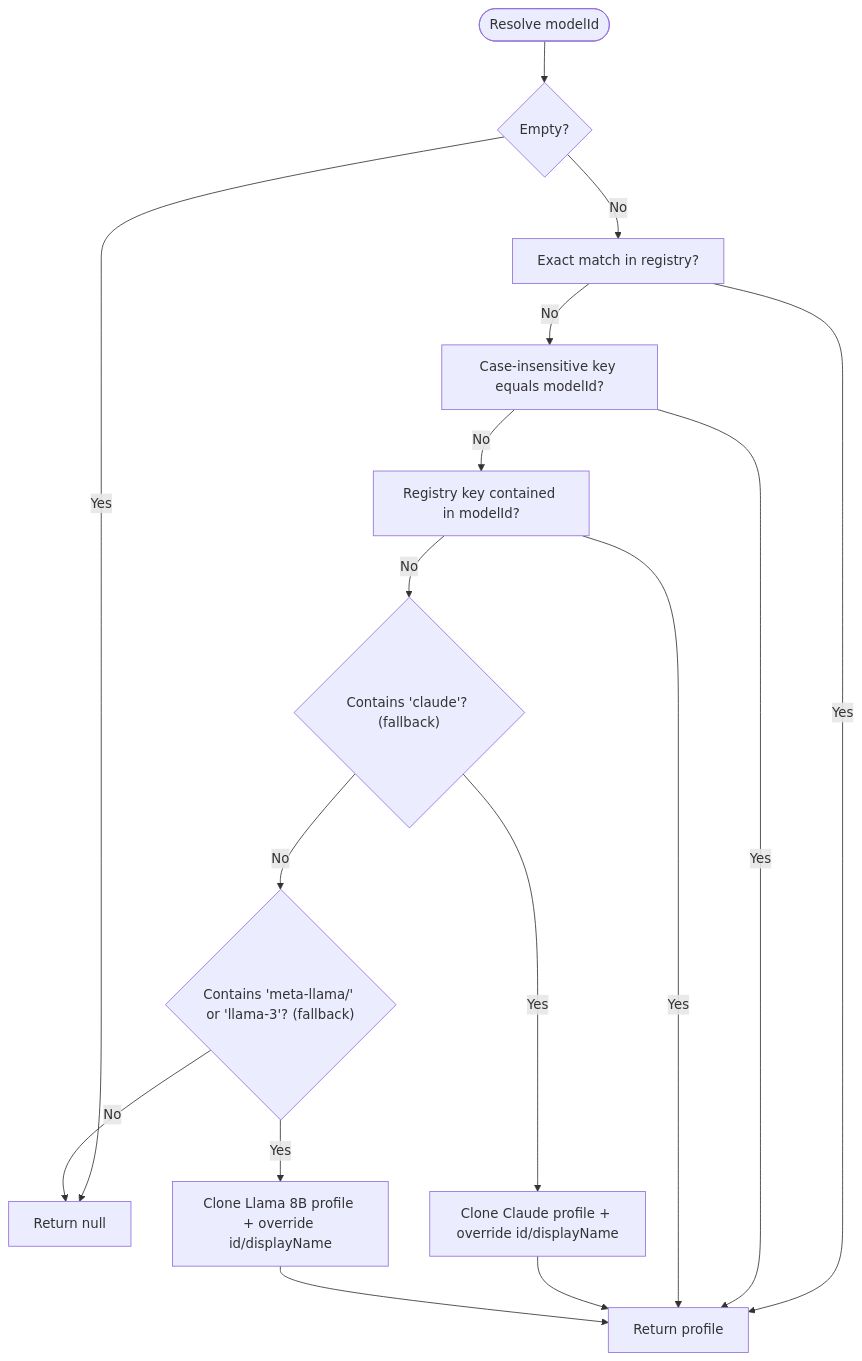
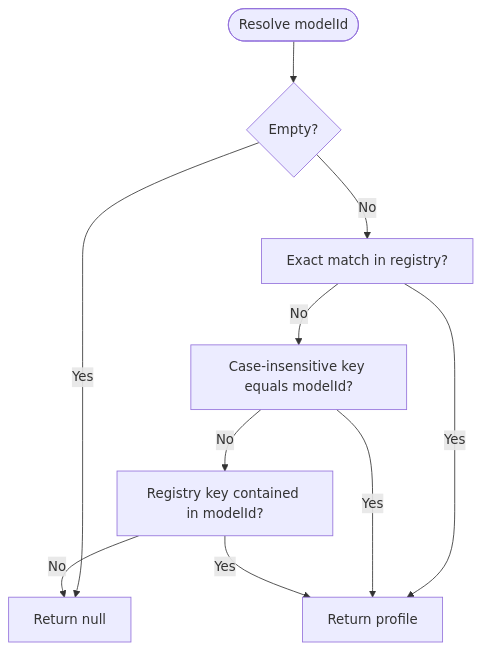
The third of 5 diagrams in .qoder/repowiki/en/content/AI Generation Engine/Model Configuration & Selection/Model Registry & Profiles.md (shekhargiri005-dotcom/AI-powered-accessibility-first-UI-engine), drawn with Mermaid before and after one commit. The commit also changed other lines of this file and 10 other files, not shown here.

````diff
--- a/.qoder/repowiki/en/content/AI Generation Engine/Model Configuration & Selection/Model Registry & Profiles.md
+++ b/.qoder/repowiki/en/content/AI Generation Engine/Model Configuration & Selection/Model Registry & Profiles.md
@@ -197,18 +181,12 @@
 ```mermaid
 flowchart TD
 Start(["Resolve modelId"]) --> Empty{"Empty?"}
 Empty --> |Yes| ReturnNull["Return null"]
 Empty --> |No| Exact["Exact match in registry?"]
 Exact --> |Yes| ReturnProfile["Return profile"]
 Exact --> |No| CaseEq["Case-insensitive key equals modelId?"]
 CaseEq --> |Yes| ReturnProfile
 CaseEq --> |No| Contains["Registry key contained in modelId?"]
 Contains --> |Yes| ReturnProfile
-Contains --> |No| ProviderClaude{"Contains 'claude'? (fallback)"}
-ProviderClaude --> |Yes| CloneClaude["Clone Claude profile + override id/displayName"]
-ProviderClaude --> |No| ProviderHF{"Contains 'meta-llama/' or 'llama-3'? (fallback)"}
-ProviderHF --> |Yes| CloneHF["Clone Llama 8B profile + override id/displayName"]
-ProviderHF --> |No| ReturnNull
-CloneClaude --> ReturnProfile
-CloneHF --> ReturnProfile
+Contains --> |No| ReturnNull["Return null"]
 ```
````
